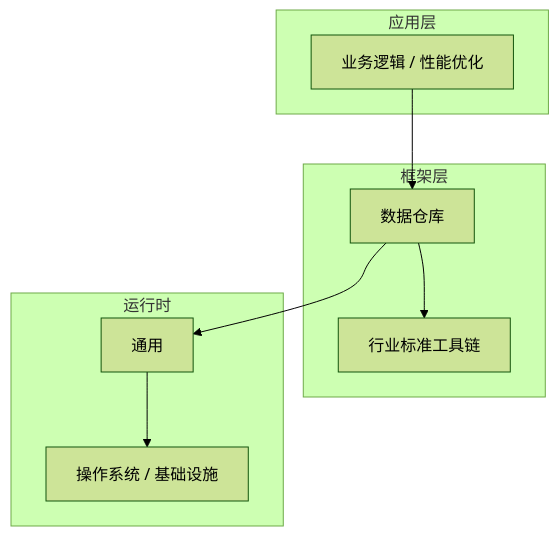
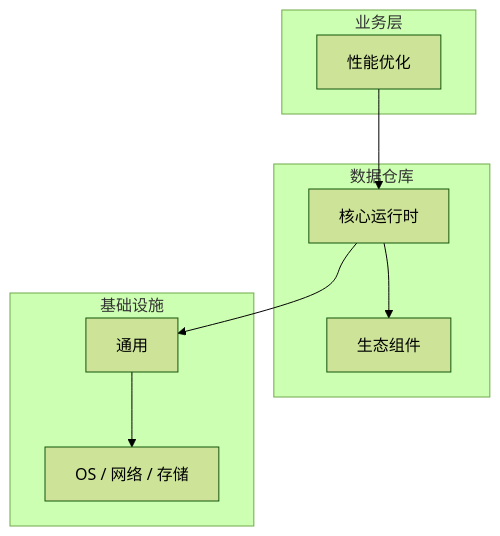
Before and after one commit to yanggan2015/knowledge-json-v2: the diagram in articles/数据仓库/chapters/056-性能优化核心概念与原理.md, drawn with Mermaid (forest theme). The commit also changed other lines of this file and 10127 other files, not shown here.

````diff
--- a/articles/数据仓库/chapters/056-性能优化核心概念与原理.md
+++ b/articles/数据仓库/chapters/056-性能优化核心概念与原理.md
@@ -45,18 +34,18 @@
 ```mermaid
 graph TB
-    subgraph 应用层
-        A[业务逻辑 / 性能优化]
+    subgraph 业务层
+        A[性能优化]
     end
-    subgraph 框架层
-        B[数据仓库]
-        C[行业标准工具链]
+    subgraph 数据仓库
+        B[核心运行时]
+        C[生态组件]
     end
-    subgraph 运行时
+    subgraph 基础设施
         D[通用]
-        E[操作系统 / 基础设施]
+        E[OS / 网络 / 存储]
     end
     A --> B
     B --> C
     B --> D
     D --> E
 ```
````
